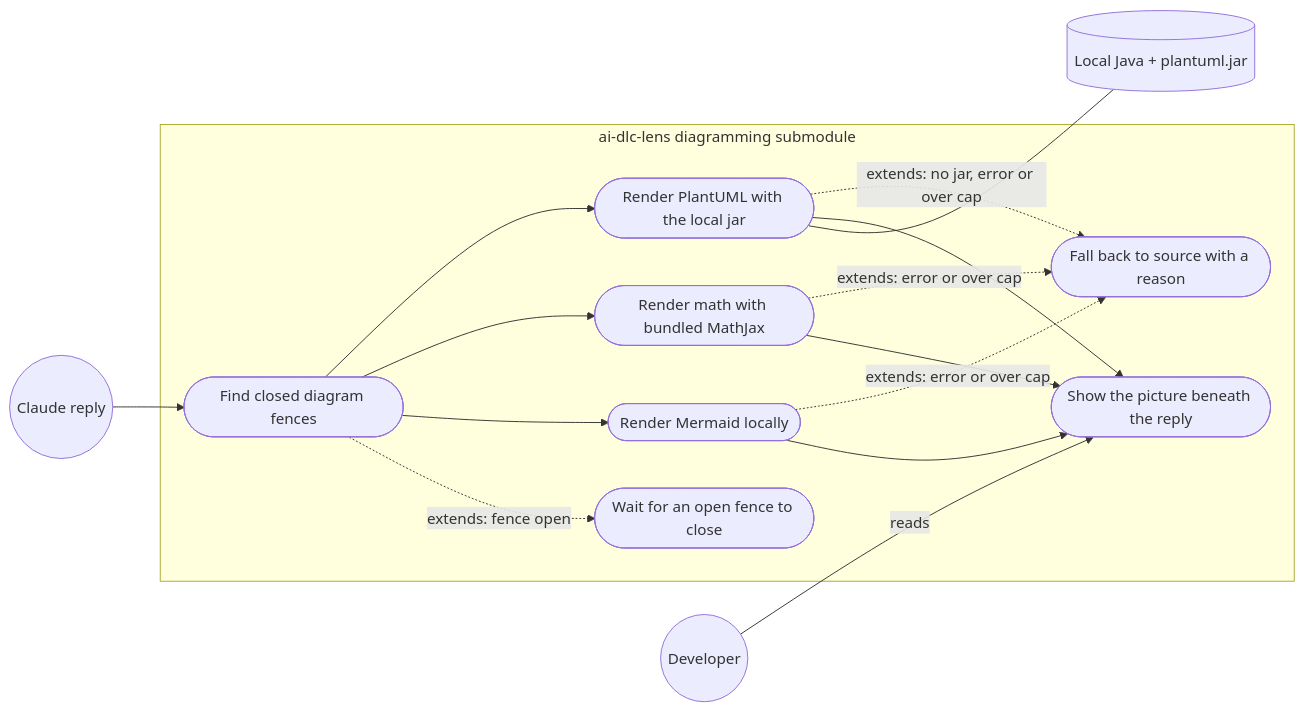
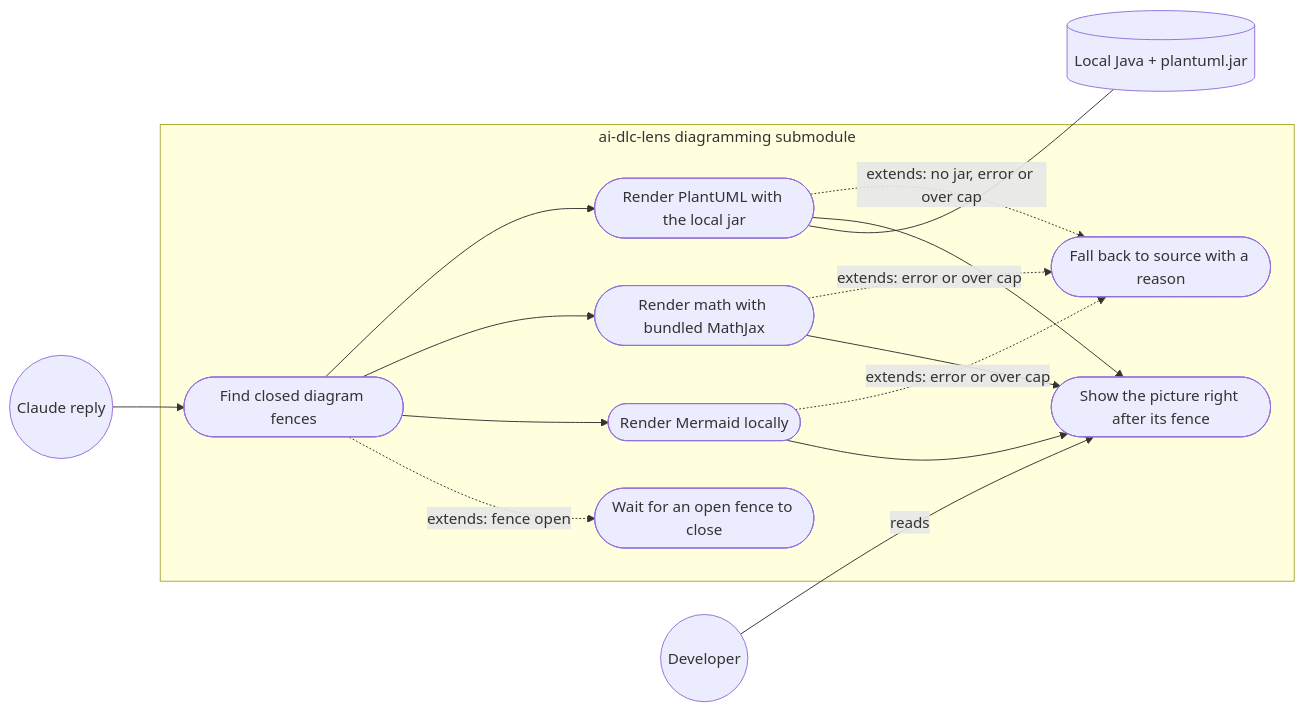
One commit to rafsanulhasan/ai-dlc-agent-workflow-plugin changed the diagram in docs/product/active/ai-dlc-lens/sprint-1/diagramming/stories.md. Above: the diagram before and after it, drawn with Mermaid. The commit also changed other lines of this file and 30 other files, not shown here.

````diff
--- a/docs/product/active/ai-dlc-lens/sprint-1/diagramming/stories.md
+++ b/docs/product/active/ai-dlc-lens/sprint-1/diagramming/stories.md
@@ -138,28 +138,28 @@
 ```mermaid
 flowchart LR
   dev((Developer))
   claude((Claude reply))
   java[(Local Java + plantuml.jar)]
   subgraph DG [ai-dlc-lens diagramming submodule]
     uc1([Find closed diagram fences])
     uc2([Render Mermaid locally])
     uc3([Render math with bundled MathJax])
     uc4([Render PlantUML with the local jar])
-    uc5([Show the picture beneath the reply])
+    uc5([Show the picture right after its fence])
     uc6([Fall back to source with a reason])
     uc7([Wait for an open fence to close])
   end
   claude --> uc1
   uc1 -.->|extends: fence open| uc7
   uc1 --> uc2
   uc1 --> uc3
   uc1 --> uc4
   uc4 --- java
   uc2 --> uc5
   uc3 --> uc5
   uc4 --> uc5
   uc2 -.->|extends: error or over cap| uc6
   uc3 -.->|extends: error or over cap| uc6
   uc4 -.->|extends: no jar, error or over cap| uc6
   dev -->|reads| uc5
 ```
````
